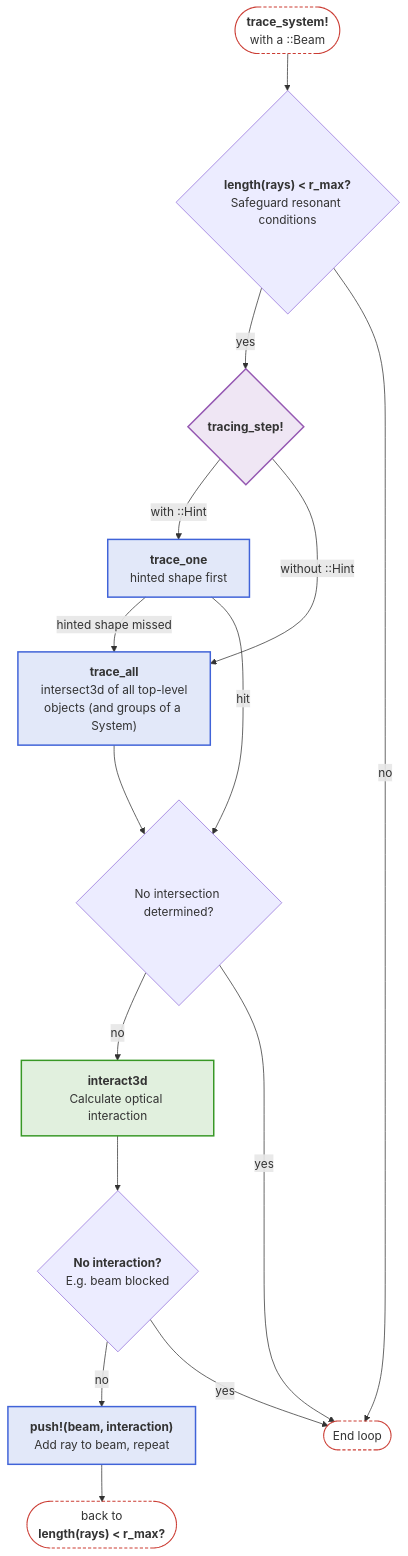
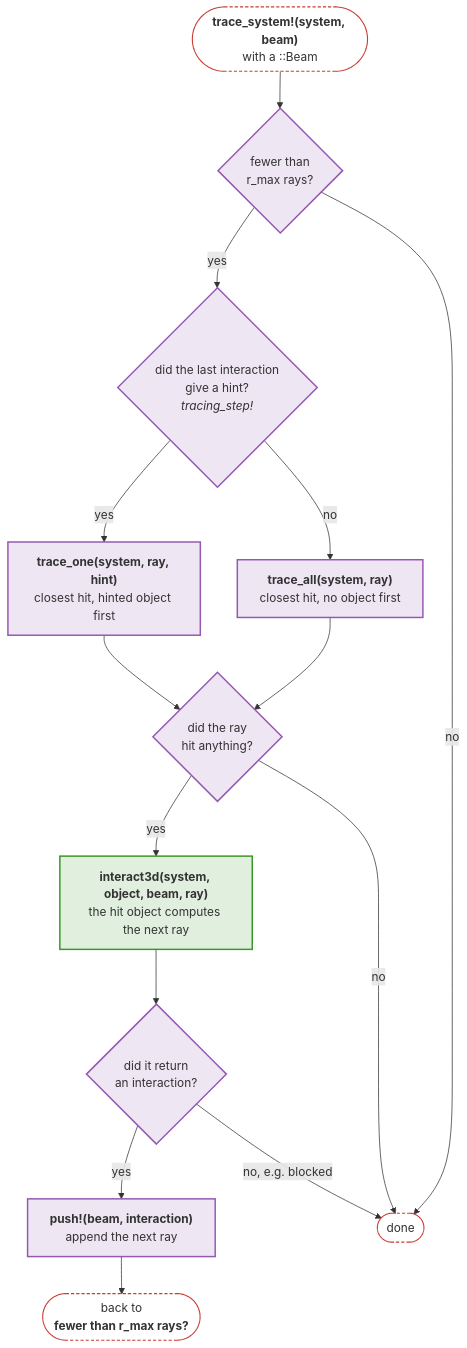
One commit to JuliaPhysics/BeamletOptics.jl changed the seventh of 7 diagrams in docs/src/api/core.md. Above: the diagram before and after it, drawn with Mermaid. The commit also changed other lines of this file and 17 other files, not shown here.

````diff
--- a/docs/src/api/core.md
+++ b/docs/src/api/core.md
@@ -289,36 +350,32 @@
 ```mermaid
 flowchart TB
-    S(["<b>trace_system!</b><br/>with a ::Beam"])
-    RM{"<b>length(rays) #lt; r_max?</b><br>Safeguard resonant conditions"}
-    TST{"<b>tracing_step!</b>"}
-    TO["<b>trace_one</b><br/>hinted shape first"]
-    TA["<b>trace_all</b><br/>intersect3d of all top-level<br/>objects (and groups of a System)"]
-    HIT{"No intersection determined?"}
-    IA["<b>interact3d</b><br/>Calculate optical interaction"]
-    NI{"<b>No interaction?</b><br/>E.g. beam blocked"}
-    P["<b>push!(beam, interaction)</b><br/>Add ray to beam, repeat"]
-    E([End loop])
-    BR(["back to<br/><b>length(rays) #lt; r_max?</b>"])
+    S(["<b>trace_system!(system, beam)</b><br/>with a ::Beam"])
+    RM{"fewer than<br/>r_max rays?"}
+    HQ{"did the last interaction<br/>give a hint?<br/><i>tracing_step!</i>"}
+    TO["<b>trace_one(system, ray, hint)</b><br/>closest hit, hinted object first"]
+    TA["<b>trace_all(system, ray)</b><br/>closest hit, no object first"]
+    HIT{"did the ray<br/>hit anything?"}
+    IA["<b>interact3d(system, object, beam, ray)</b><br/>the hit object computes the next ray"]
+    NI{"did it return<br/>an interaction?"}
+    P["<b>push!(beam, interaction)</b><br/>append the next ray"]
+    E(["done"])
+    BR(["back to<br/><b>fewer than r_max rays?</b>"])
 
     S --> RM
-    RM -- yes --> TST
-    TST -- " with ::Hint" --> TO
-    TST -- "without ::Hint" --> TA
-    TO -- "hinted shape missed" --> TA
-    TO -- hit --> HIT
-    TA --> HIT
-    HIT -- no --> IA --> NI
-    NI -- no --> P --> BR
+    RM -- yes --> HQ
     RM -- no --> E
-    HIT -- yes --> E
-    NI -- yes --> E
+    HQ -- yes --> TO --> HIT
+    HQ -- no --> TA --> HIT
+    HIT -- yes --> IA --> NI
+    HIT -- no --> E
+    NI -- yes --> P --> BR
+    NI -- "no, e.g. blocked" --> E
 
     classDef blue fill:#4063D826,stroke:#4063D8,stroke-width:2px
     classDef green fill:#38982626,stroke:#389826,stroke-width:2px
     classDef purple fill:#9558B226,stroke:#9558B2,stroke-width:2px
     classDef terminal fill:transparent,stroke:#CB3C33,stroke-width:1.5px,stroke-dasharray:4 3
-    class TO,TA,P blue
+    class RM,HQ,TO,TA,HIT,NI,P purple
     class IA green
-    class TST purple
     class S,E,BR terminal
 ```
````
